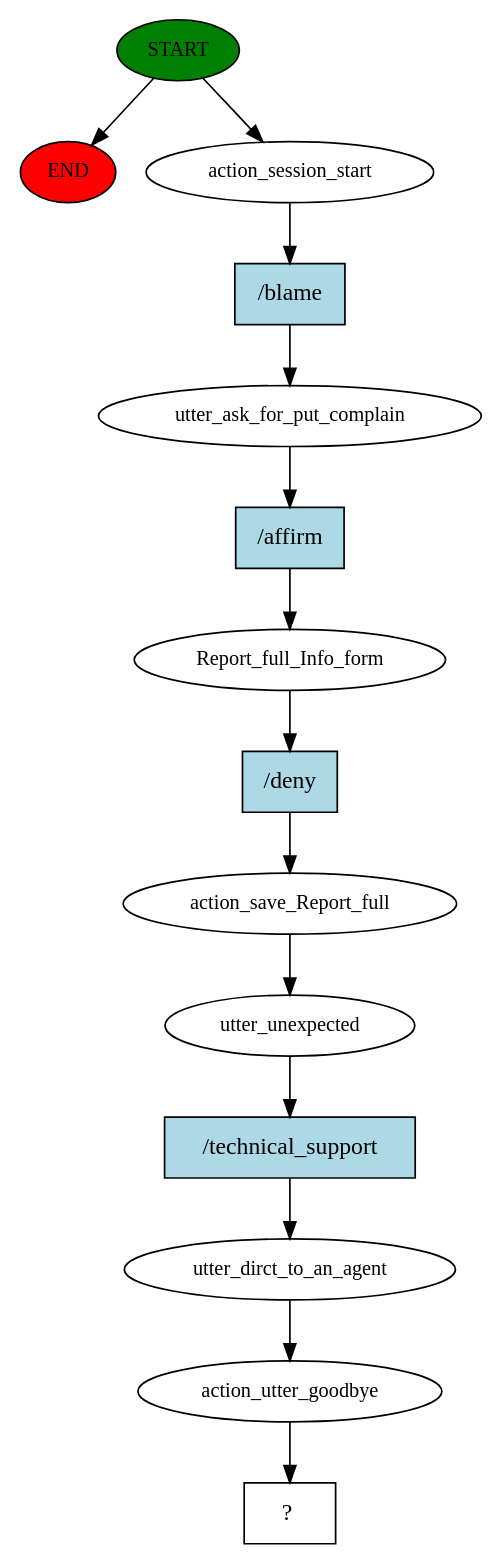
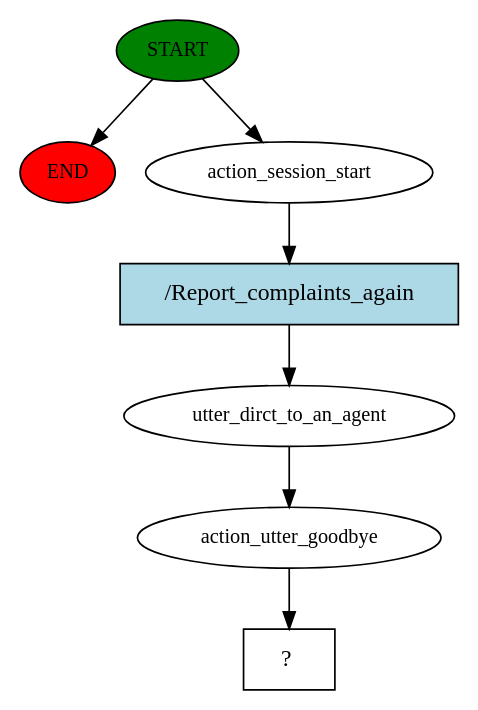
One commit to SewminaFernando/AggroDetect changed the diagram in rasaproject8/story_graph.dot. Above: the diagram before and after it, drawn with Graphviz. The commit also changed 290 other files, not shown here.

```diff
--- a/rasaproject8/story_graph.dot
+++ b/rasaproject8/story_graph.dot
@@ -1,29 +1,15 @@
 digraph  {
 0 [class="start active", fillcolor=green, fontsize=12, label=START, style=filled];
 "-1" [class=end, fillcolor=red, fontsize=12, label=END, style=filled];
 1 [class=active, fontsize=12, label=action_session_start];
-2 [class=active, fontsize=12, label=utter_ask_for_put_complain];
-3 [class=active, fontsize=12, label=Report_full_Info_form];
-4 [class=active, fontsize=12, label=action_save_Report_full];
-5 [class=active, fontsize=12, label=utter_unexpected];
-6 [class=active, fontsize=12, label=utter_dirct_to_an_agent];
-7 [class=active, fontsize=12, label=action_utter_goodbye];
-8 [class="intent dashed active", label="  ?  ", shape=rect];
-9 [class="intent active", fillcolor=lightblue, label="/blame", shape=rect, style=filled];
-10 [class="intent active", fillcolor=lightblue, label="/affirm", shape=rect, style=filled];
-11 [class="intent active", fillcolor=lightblue, label="/deny", shape=rect, style=filled];
-12 [class="intent active", fillcolor=lightblue, label="/technical_support", shape=rect, style=filled];
+2 [class=active, fontsize=12, label=utter_dirct_to_an_agent];
+3 [class=active, fontsize=12, label=action_utter_goodbye];
+4 [class="intent dashed active", label="  ?  ", shape=rect];
+5 [class="intent active", fillcolor=lightblue, label="/Report_complaints_again", shape=rect, style=filled];
 0 -> "-1"  [class="", key=NONE, label=""];
 0 -> 1  [class=active, key=NONE, label=""];
-1 -> 9  [class=active, key=0];
-2 -> 10  [class=active, key=0];
-3 -> 11  [class=active, key=0];
-4 -> 5  [class=active, key=NONE, label=""];
-5 -> 12  [class=active, key=0];
-6 -> 7  [class=active, key=NONE, label=""];
-7 -> 8  [class=active, key=NONE, label=""];
-9 -> 2  [class=active, key=0];
-10 -> 3  [class=active, key=0];
-11 -> 4  [class=active, key=0];
-12 -> 6  [class=active, key=0];
+1 -> 5  [class=active, key=0];
+2 -> 3  [class=active, key=NONE, label=""];
+3 -> 4  [class=active, key=NONE, label=""];
+5 -> 2  [class=active, key=0];
 }
```
